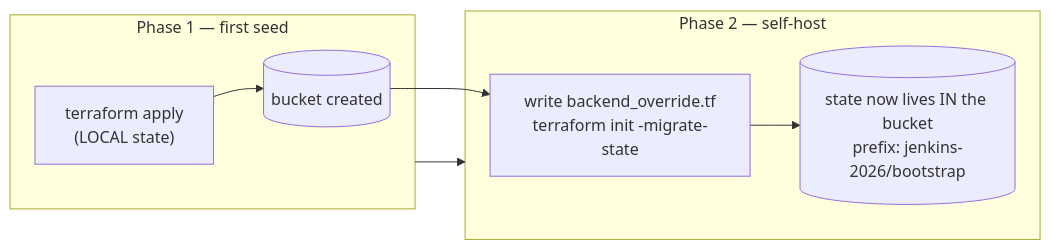
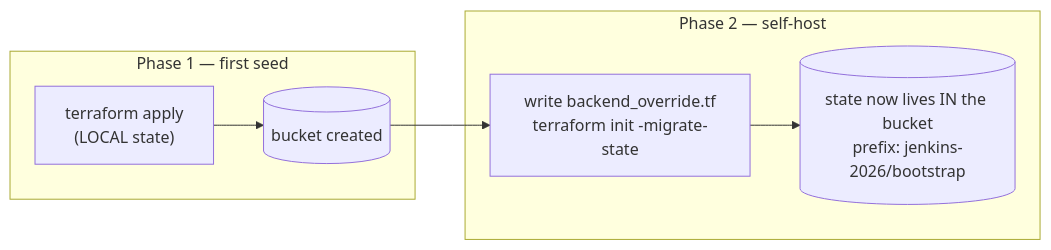
One commit to nubenetes/jenkins-2026 changed the eighth of 9 diagrams in docs/100-BOOTSTRAP.md. Above: the diagram before and after it, drawn with Mermaid. The commit also changed 14 other files, not shown here.

First line of the commit message:
docs(diagrams): repo-wide mermaid audit — fix 14 rendering defects + flagship improvements

````diff
--- a/docs/100-BOOTSTRAP.md
+++ b/docs/100-BOOTSTRAP.md
@@ -372,11 +372,10 @@
 ```mermaid
 flowchart LR
     subgraph Phase1["Phase 1 — first seed"]
       L["terraform apply<br/>(LOCAL state)"] --> B[("bucket created")]
     end
     subgraph Phase2["Phase 2 — self-host"]
       B --> M["write backend_override.tf<br/>terraform init -migrate-state"]
       M --> R[("state now lives IN the bucket<br/>prefix: jenkins-2026/bootstrap")]
     end
-    Phase1 --> Phase2
 ```
````
